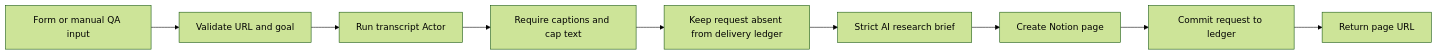
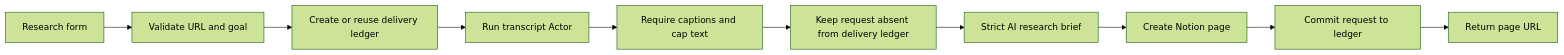
One commit to annamiy/fetchcat-n8n-workflows changed the diagram in workflows/youtube-research-brief-to-notion/README.md. Above: the diagram before and after it, drawn with Mermaid (forest theme). The commit also changed other lines of this file and 30 other files, not shown here.

````diff
--- a/workflows/youtube-research-brief-to-notion/README.md
+++ b/workflows/youtube-research-brief-to-notion/README.md
@@ -31,11 +25,12 @@
 ```mermaid
 flowchart LR
-  F[Form or manual QA input] --> V[Validate URL and goal]
-  V --> A[Run transcript Actor]
+  F[Research form] --> V[Validate URL and goal]
+  V --> I[Create or reuse delivery ledger]
+  I --> A[Run transcript Actor]
   A --> C[Require captions and cap text]
   C --> D[Keep request absent from delivery ledger]
   D --> O[Strict AI research brief]
   O --> N[Create Notion page]
   N --> L[Commit request to ledger]
   L --> R[Return page URL]
 ```
````
